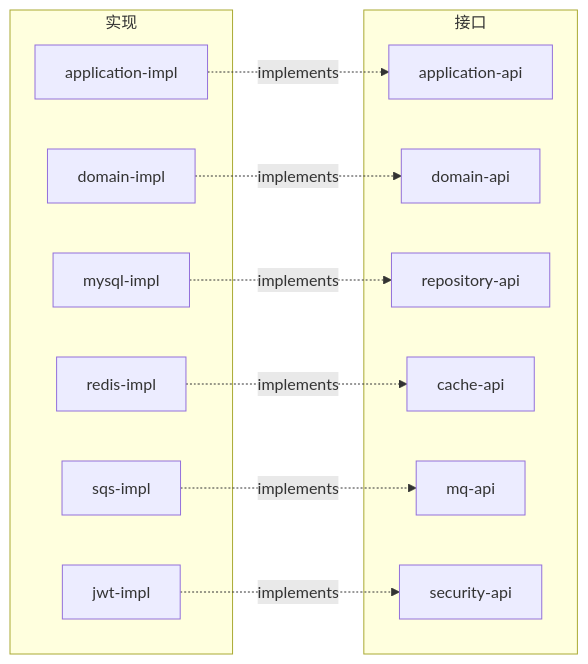
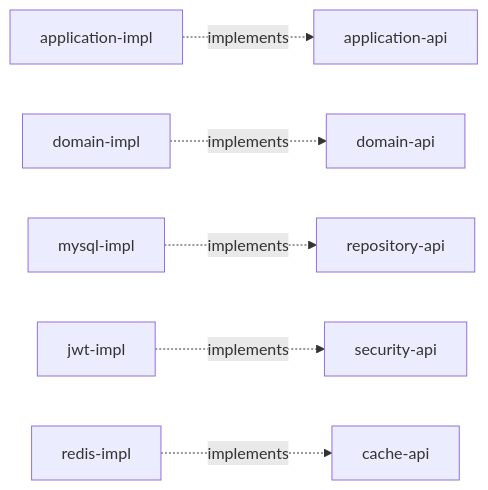
Before and after one commit to ddpie/awsome-shop-auth-service: the second of 2 diagrams in README.md, drawn with Mermaid. The commit also changed other lines of this file and 3 other files, not shown here.

````diff
--- a/README.md
+++ b/README.md
@@ -74,27 +72,8 @@
 ```mermaid
 graph LR
-    subgraph 接口
-        AppAPI[application-api]
-        DomainAPI[domain-api]
-        RepoAPI[repository-api]
-        CacheAPI[cache-api]
-        MqAPI[mq-api]
-        SecurityAPI[security-api]
-    end
-
-    subgraph 实现
-        AppImpl[application-impl]
-        DomainImpl[domain-impl]
-        MySQL[mysql-impl]
-        Redis[redis-impl]
-        SQS[sqs-impl]
-        JWT[jwt-impl]
-    end
-
-    AppImpl -.->|implements| AppAPI
-    DomainImpl -.->|implements| DomainAPI
-    MySQL -.->|implements| RepoAPI
-    Redis -.->|implements| CacheAPI
-    SQS -.->|implements| MqAPI
-    JWT -.->|implements| SecurityAPI
+    AppImpl[application-impl] -.->|implements| AppAPI[application-api]
+    DomainImpl[domain-impl] -.->|implements| DomainAPI[domain-api]
+    MySQL[mysql-impl] -.->|implements| RepoAPI[repository-api]
+    JWT[jwt-impl] -.->|implements| SecurityAPI[security-api]
+    Redis[redis-impl] -.->|implements| CacheAPI[cache-api]
 ```
````
